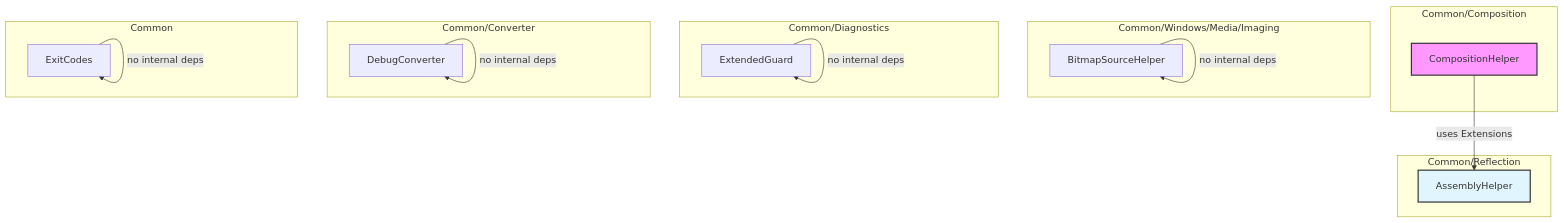
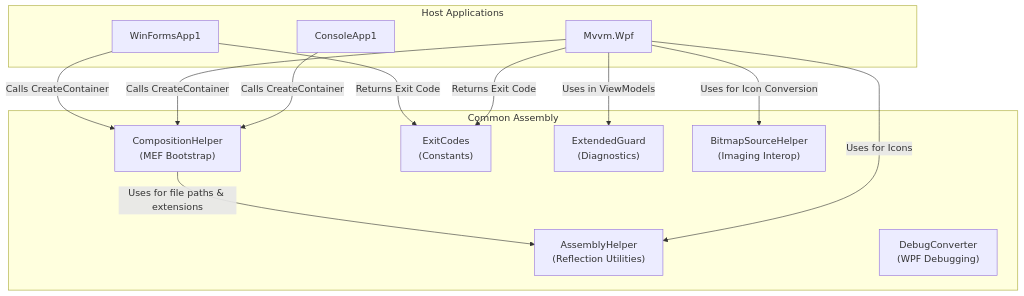
The diagram in doc/Common.md (wetzlmaier-scch/mvvm), drawn with Mermaid before and after one commit. The commit also changed other lines of this file and 132 other files, not shown here.

````diff
--- a/doc/Common.md
+++ b/doc/Common.md
@@ -38,35 +31,30 @@
 ```mermaid
 flowchart TD
-    subgraph "Common/Composition"
-        CH["CompositionHelper"]
+    subgraph "Common Assembly"
+        CH["CompositionHelper<br/>(MEF Bootstrap)"]
+        AH["AssemblyHelper<br/>(Reflection Utilities)"]
+        EC["ExitCodes<br/>(Constants)"]
+        EG["ExtendedGuard<br/>(Diagnostics)"]
+        DC["DebugConverter<br/>(WPF Debugging)"]
+        BSH["BitmapSourceHelper<br/>(Imaging Interop)"]
     end
 
-    subgraph "Common/Reflection"
-        AH["AssemblyHelper"]
+    subgraph "Host Applications"
+        WF["WinFormsApp1"]
+        WPF["Mvvm.Wpf"]
+        CON["ConsoleApp1"]
     end
 
-    subgraph "Common/Windows/Media/Imaging"
-        BSH["BitmapSourceHelper"]
-    end
+    %% Internal Dependencies
+    CH -->|Uses for file paths & extensions| AH
 
-    subgraph "Common/Diagnostics"
-        EG["ExtendedGuard"]
-    end
-
-    subgraph "Common/Converter"
-        DC["DebugConverter"]
-    end
-
-    subgraph "Common"
-        EC["ExitCodes"]
-    end
-
-    CH -->|uses Extensions| AH
-    BSH -->|no internal deps| BSH
-    EG -->|no internal deps| EG
-    DC -->|no internal deps| DC
-    EC -->|no internal deps| EC
-    
-    style CH fill:#f9f,stroke:#333,stroke-width:2px
-    style AH fill:#e1f5fe,stroke:#333,stroke-width:2px
+    %% External Consumers
+    WF -->|Calls CreateContainer| CH
+    WF -->|Returns Exit Code| EC
+    WPF -->|Calls CreateContainer| CH
+    WPF -->|Returns Exit Code| EC
+    WPF -->|Uses for Icons| AH
+    WPF -->|Uses for Icon Conversion| BSH
+    WPF -->|Uses in ViewModels| EG
+    CON -->|Calls CreateContainer| CH
 ```
````
